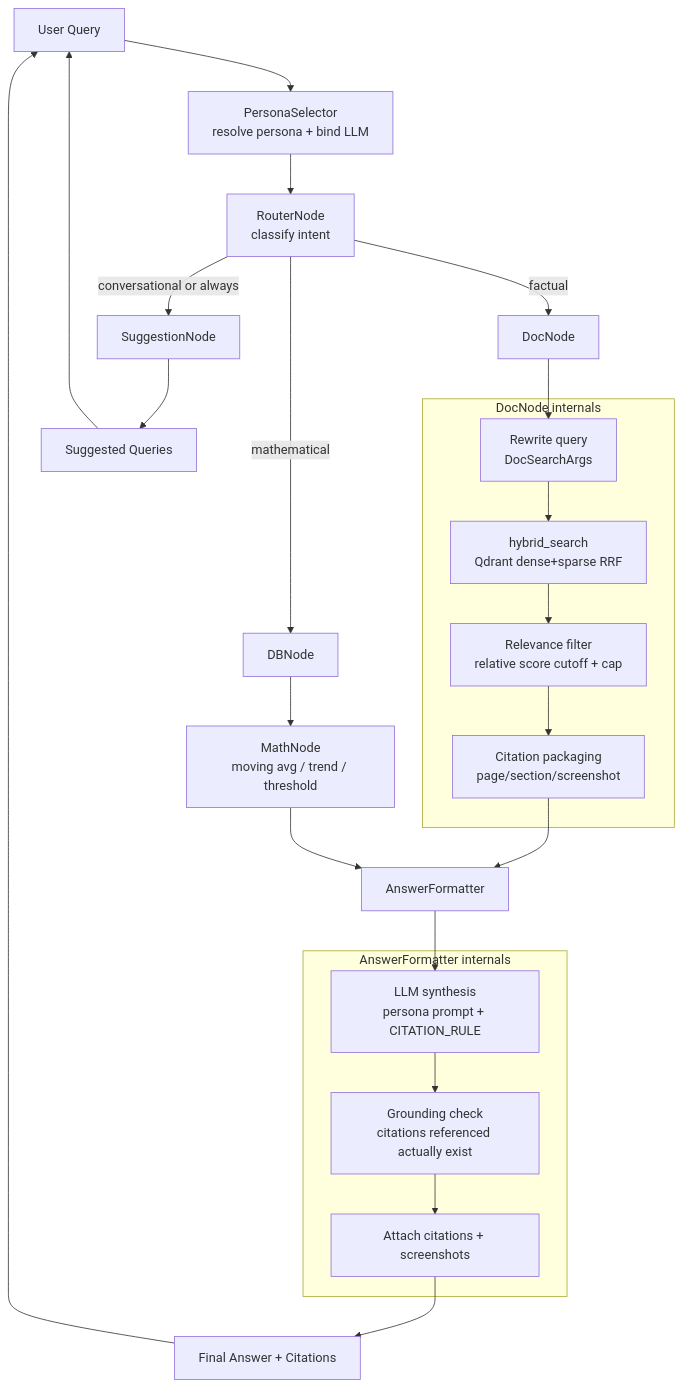
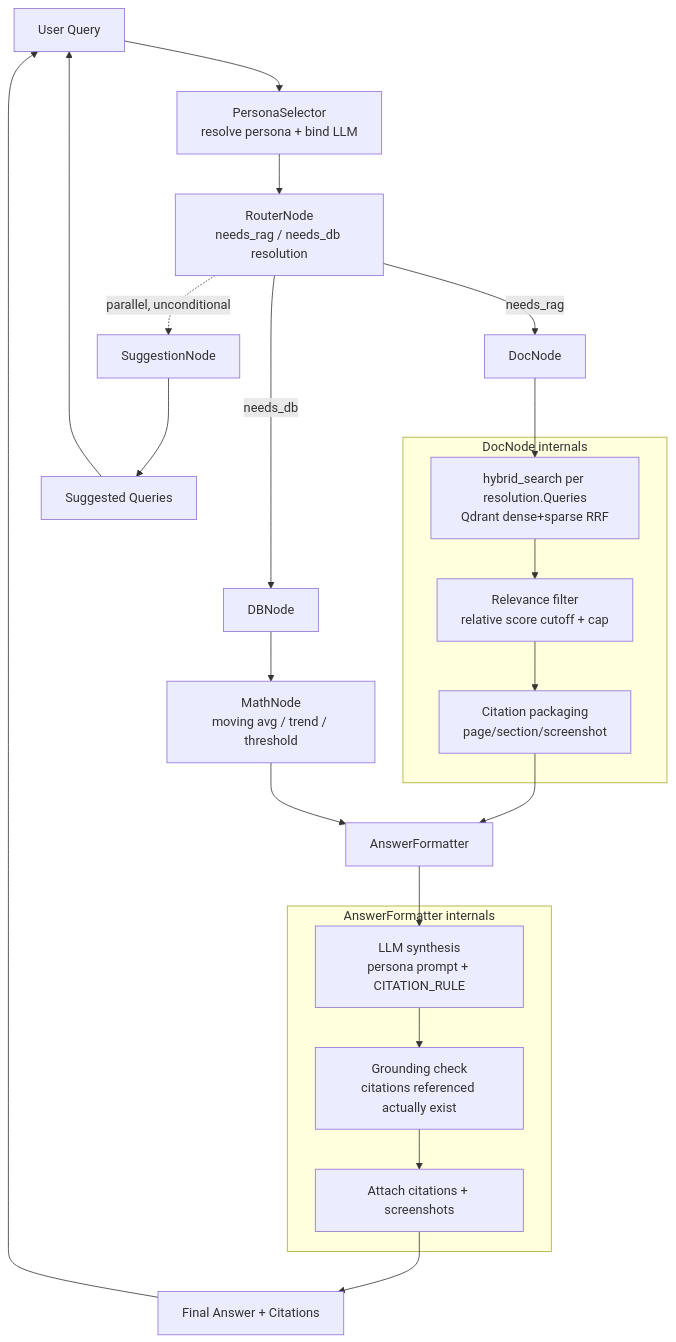
The diagram in docs/doc-node-query-pipeline-design.md (ikhlas125/Agentic-RAG), drawn with Mermaid before and after one commit. The commit also changed other lines of this file and 3 other files, not shown here.

````diff
--- a/docs/doc-node-query-pipeline-design.md
+++ b/docs/doc-node-query-pipeline-design.md
@@ -132,32 +132,32 @@
 ```mermaid
 flowchart TD
     UI[User Query] --> PS[PersonaSelector<br/>resolve persona + bind LLM]
-    PS --> RN[RouterNode<br/>classify intent]
+    PS --> RN[RouterNode<br/>needs_rag / needs_db resolution]
 
-    RN -->|factual| DOC[DocNode]
-    RN -->|mathematical| DB[DBNode]
-    RN -->|conversational or always| SUG[SuggestionNode]
+    RN -->|needs_rag| DOC[DocNode]
+    RN -->|needs_db| DB[DBNode]
+    RN -.->|parallel, unconditional| SUG[SuggestionNode]
 
     subgraph DocNode internals
-        DOC1[Rewrite query<br/>DocSearchArgs] --> DOC2[hybrid_search<br/>Qdrant dense+sparse RRF]
+        DOC2[hybrid_search per resolution.Queries<br/>Qdrant dense+sparse RRF]
         DOC2 --> DOC3[Relevance filter<br/>relative score cutoff + cap]
         DOC3 --> DOC4[Citation packaging<br/>page/section/screenshot]
     end
-    DOC --> DOC1
+    DOC --> DOC2
 
     DB --> MATH[MathNode<br/>moving avg / trend / threshold]
 
     DOC4 --> FMT[AnswerFormatter]
     MATH --> FMT
 
     subgraph AnswerFormatter internals
         FMT1[LLM synthesis<br/>persona prompt + CITATION_RULE] --> FMT2[Grounding check<br/>citations referenced actually exist]
         FMT2 --> FMT3[Attach citations + screenshots]
     end
     FMT --> FMT1
 
     FMT3 --> OUT[Final Answer + Citations]
     SUG --> OUT2[Suggested Queries]
     OUT --> UI
     OUT2 --> UI
 ```
````
